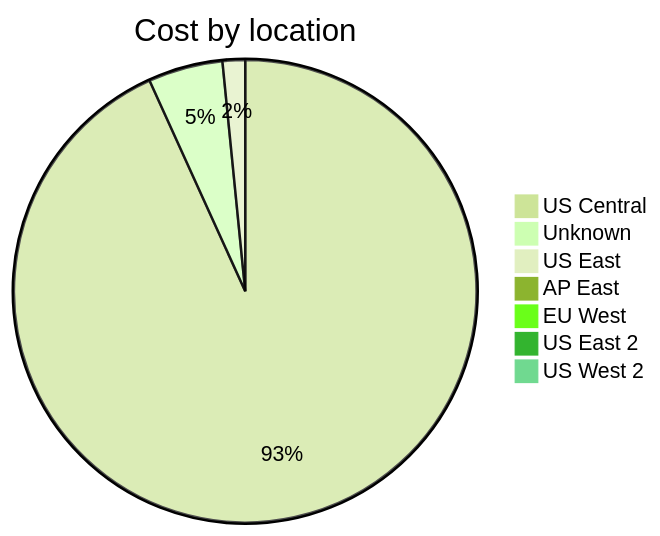
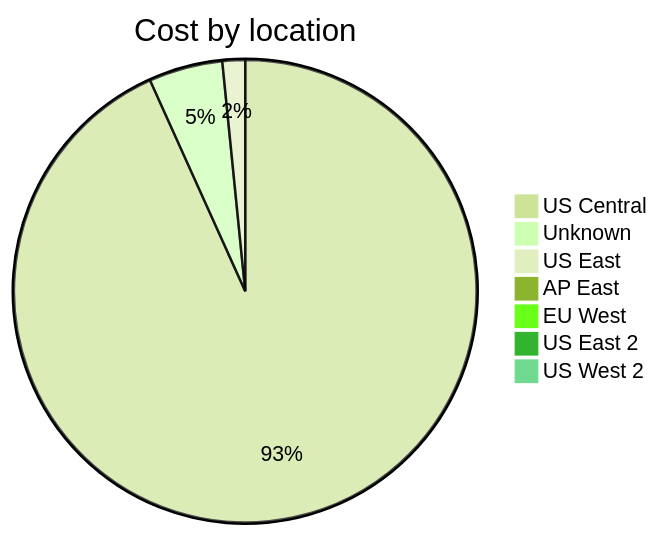
Before and after one commit to jpfulton/azure-personal-reports: the third of 4 diagrams in cost-reports/accumulated-cost.md, drawn with Mermaid (forest theme). The commit also changed other lines of this file and 4 other files, not shown here.

````diff
--- a/cost-reports/accumulated-cost.md
+++ b/cost-reports/accumulated-cost.md
@@ -121,11 +121,11 @@
 ```mermaid
 pie
    title Cost by location
-   "US Central" : 13.60
-   "Unknown" : 0.76
-   "US East" : 0.23
+   "US Central" : 14.10
+   "Unknown" : 0.78
+   "US East" : 0.24
    "AP East" : 0.00
    "EU West" : 0.00
    "US East 2" : 0.00
    "US West 2" : 0.00
 ```
````
